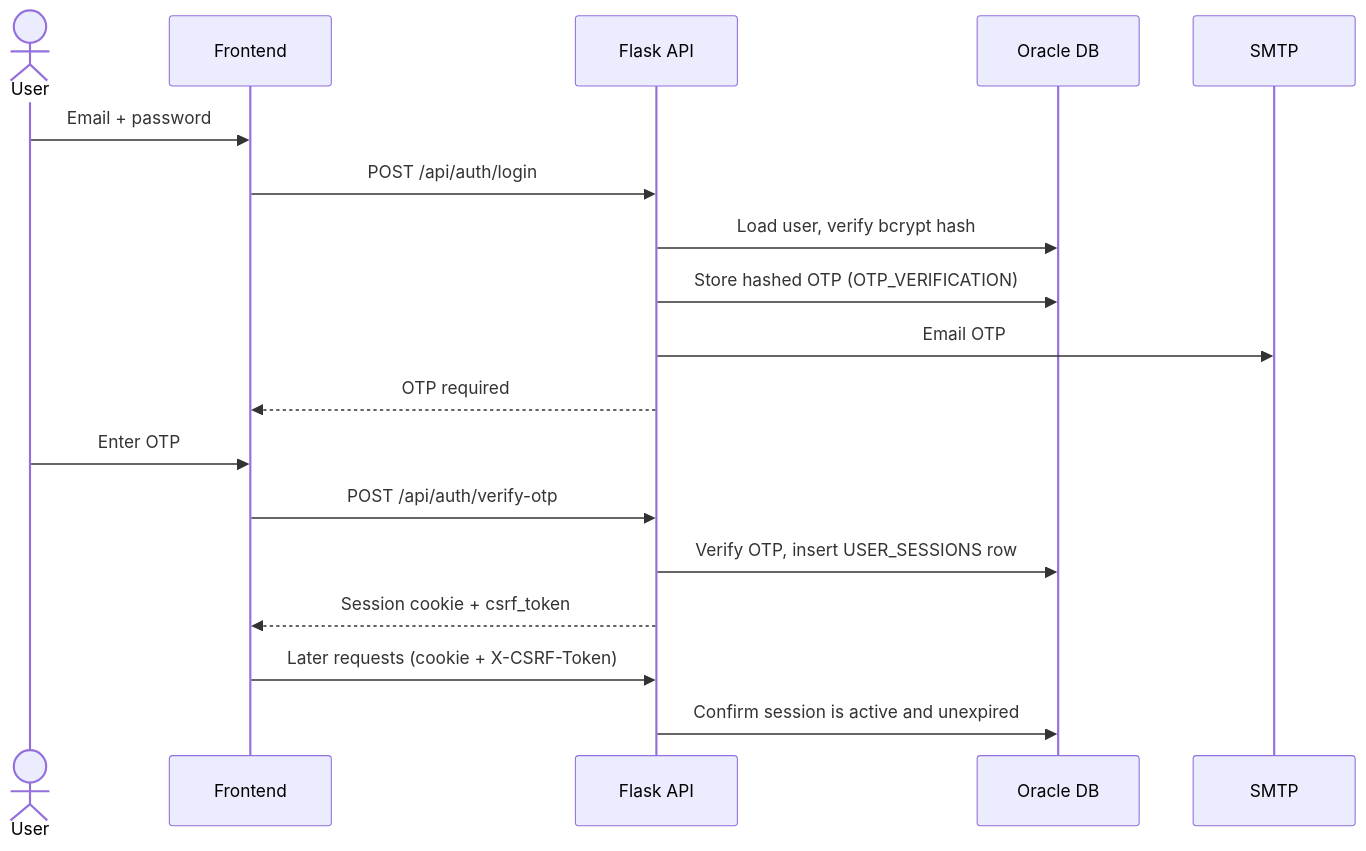
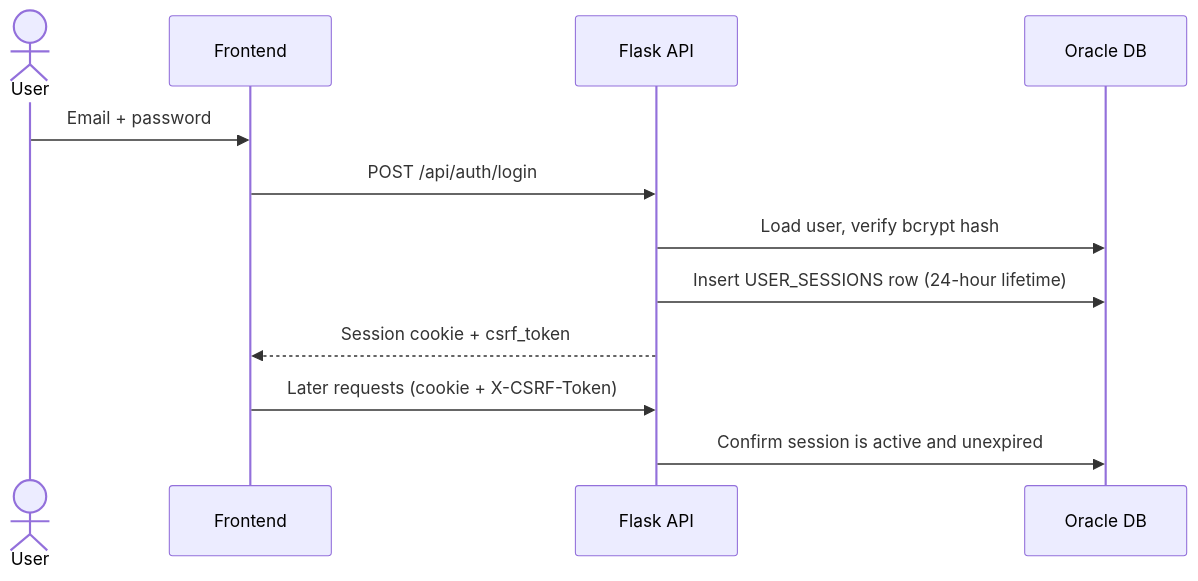
One commit to VarunGupta2811/VoteCore changed the fifth of 6 diagrams in README.md. Above: the diagram before and after it, drawn with Mermaid. The commit also changed other lines of this file, not shown here.

````diff
--- a/README.md
+++ b/README.md
@@ -120,21 +165,15 @@
 ```mermaid
 sequenceDiagram
     actor U as User
     participant F as Frontend
     participant A as Flask API
     participant D as Oracle DB
-    participant M as SMTP
 
     U->>F: Email + password
     F->>A: POST /api/auth/login
     A->>D: Load user, verify bcrypt hash
-    A->>D: Store hashed OTP (OTP_VERIFICATION)
-    A->>M: Email OTP
-    A-->>F: OTP required
-    U->>F: Enter OTP
-    F->>A: POST /api/auth/verify-otp
-    A->>D: Verify OTP, insert USER_SESSIONS row
+    A->>D: Insert USER_SESSIONS row (24-hour lifetime)
     A-->>F: Session cookie + csrf_token
     F->>A: Later requests (cookie + X-CSRF-Token)
     A->>D: Confirm session is active and unexpired
 ```
````
